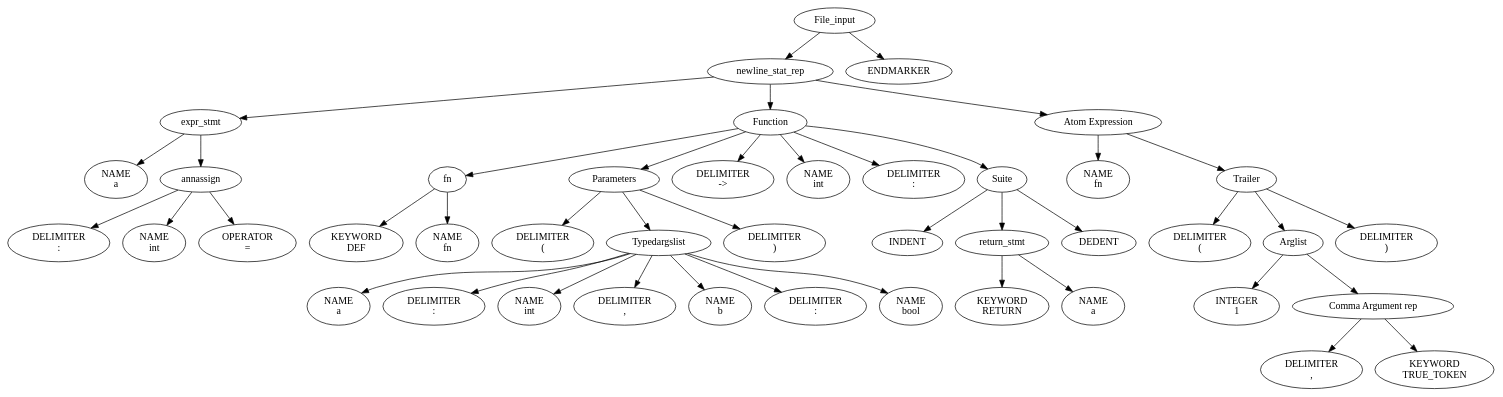
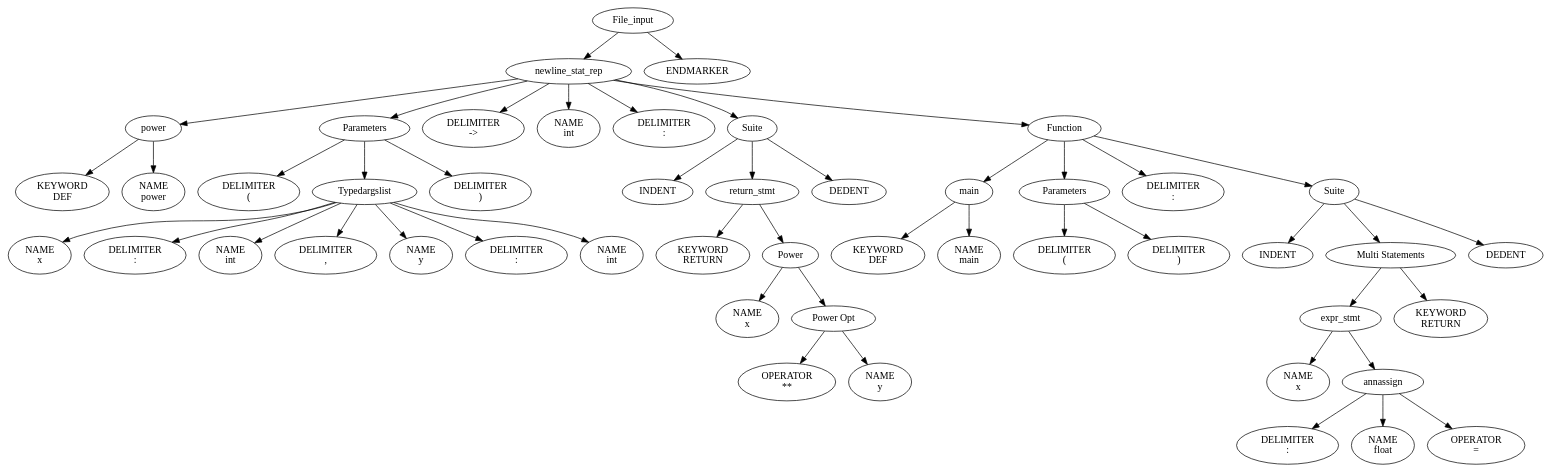
The diagram in milestone2/a.dot (pressant/Course-Project-CS335), drawn with Graphviz before and after one commit. The commit also changed 10 other files, not shown here.

```diff
--- a/milestone2/a.dot
+++ b/milestone2/a.dot
@@ -1,113 +1,127 @@
 digraph parse_tree {
-"0x564f8b607eb0" [label="File_input"];
-"0x564f8b607eb0" -> "0x564f8b620510";
-"0x564f8b620510" [label="newline_stat_rep"];
-"0x564f8b620510" -> "0x564f8b61d860";
-"0x564f8b61d860" [label="expr_stmt"];
-"0x564f8b61d860" -> "0x564f8b61d250";
-"0x564f8b61d250" [label="NAME
-a"];
-"0x564f8b61d860" -> "0x564f8b61d760";
-"0x564f8b61d760" [label="annassign"];
-"0x564f8b61d760" -> "0x564f8b61d300";
-"0x564f8b61d300" [label="DELIMITER
+"0x55f8e2c89eb0" [label="File_input"];
+"0x55f8e2c89eb0" -> "0x55f8e2ca2bf0";
+"0x55f8e2ca2bf0" [label="newline_stat_rep"];
+"0x55f8e2ca2bf0" -> "0x55f8e2c9f3b0";
+"0x55f8e2c9f3b0" [label="power"];
+"0x55f8e2c9f3b0" -> "0x55f8e2c9f250";
+"0x55f8e2c9f250" [label="KEYWORD
+DEF"];
+"0x55f8e2c9f3b0" -> "0x55f8e2c9f300";
+"0x55f8e2c9f300" [label="NAME
+power"];
+"0x55f8e2ca2bf0" -> "0x55f8e2ca07f0";
+"0x55f8e2ca07f0" [label="Parameters"];
+"0x55f8e2ca07f0" -> "0x55f8e2c9fa80";
+"0x55f8e2c9fa80" [label="DELIMITER
+("];
+"0x55f8e2ca07f0" -> "0x55f8e2ca0540";
+"0x55f8e2ca0540" [label="Typedargslist"];
+"0x55f8e2ca0540" -> "0x55f8e2c9fb30";
+"0x55f8e2c9fb30" [label="NAME
+x"];
+"0x55f8e2ca0540" -> "0x55f8e2c9fbe0";
+"0x55f8e2c9fbe0" [label="DELIMITER
 :"];
-"0x564f8b61d760" -> "0x564f8b61d3b0";
-"0x564f8b61d3b0" [label="NAME
+"0x55f8e2ca0540" -> "0x55f8e2c9fdf0";
+"0x55f8e2c9fdf0" [label="NAME
 int"];
-"0x564f8b61d760" -> "0x564f8b61d460";
-"0x564f8b61d460" [label="OPERATOR
+"0x55f8e2ca0540" -> "0x55f8e2c9fd40";
+"0x55f8e2c9fd40" [label="DELIMITER
+,"];
+"0x55f8e2ca0540" -> "0x55f8e2c9fec0";
+"0x55f8e2c9fec0" [label="NAME
+y"];
+"0x55f8e2ca0540" -> "0x55f8e2c9ff70";
+"0x55f8e2c9ff70" [label="DELIMITER
+:"];
+"0x55f8e2ca0540" -> "0x55f8e2ca0180";
+"0x55f8e2ca0180" [label="NAME
+int"];
+"0x55f8e2ca07f0" -> "0x55f8e2ca00d0";
+"0x55f8e2ca00d0" [label="DELIMITER
+)"];
+"0x55f8e2ca2bf0" -> "0x55f8e2ca08c0";
+"0x55f8e2ca08c0" [label="DELIMITER
+->"];
+"0x55f8e2ca2bf0" -> "0x55f8e2ca0970";
+"0x55f8e2ca0970" [label="NAME
+int"];
+"0x55f8e2ca2bf0" -> "0x55f8e2ca0a20";
+"0x55f8e2ca0a20" [label="DELIMITER
+:"];
+"0x55f8e2ca2bf0" -> "0x55f8e2ca1390";
+"0x55f8e2ca1390" [label="Suite"];
+"0x55f8e2ca1390" -> "0x55f8e2ca0b80";
+"0x55f8e2ca0b80" [label="INDENT"];
+"0x55f8e2ca1390" -> "0x55f8e2ca1210";
+"0x55f8e2ca1210" [label="return_stmt"];
+"0x55f8e2ca1210" -> "0x55f8e2ca0c30";
+"0x55f8e2ca0c30" [label="KEYWORD
+RETURN"];
+"0x55f8e2ca1210" -> "0x55f8e2ca1070";
+"0x55f8e2ca1070" [label="Power"];
+"0x55f8e2ca1070" -> "0x55f8e2ca0ce0";
+"0x55f8e2ca0ce0" [label="NAME
+x"];
+"0x55f8e2ca1070" -> "0x55f8e2ca0fa0";
+"0x55f8e2ca0fa0" [label="Power Opt"];
+"0x55f8e2ca0fa0" -> "0x55f8e2ca0d90";
+"0x55f8e2ca0d90" [label="OPERATOR
+**"];
+"0x55f8e2ca0fa0" -> "0x55f8e2ca0e40";
+"0x55f8e2ca0e40" [label="NAME
+y"];
+"0x55f8e2ca1390" -> "0x55f8e2ca12e0";
+"0x55f8e2ca12e0" [label="DEDENT"];
+"0x55f8e2ca2bf0" -> "0x55f8e2ca2b10";
+"0x55f8e2ca2b10" [label="Function"];
+"0x55f8e2ca2b10" -> "0x55f8e2ca1740";
+"0x55f8e2ca1740" [label="main"];
+"0x55f8e2ca1740" -> "0x55f8e2ca15e0";
+"0x55f8e2ca15e0" [label="KEYWORD
+DEF"];
+"0x55f8e2ca1740" -> "0x55f8e2ca1690";
+"0x55f8e2ca1690" [label="NAME
+main"];
+"0x55f8e2ca2b10" -> "0x55f8e2ca1ab0";
+"0x55f8e2ca1ab0" [label="Parameters"];
+"0x55f8e2ca1ab0" -> "0x55f8e2ca1950";
+"0x55f8e2ca1950" [label="DELIMITER
+("];
+"0x55f8e2ca1ab0" -> "0x55f8e2ca1a00";
+"0x55f8e2ca1a00" [label="DELIMITER
+)"];
+"0x55f8e2ca2b10" -> "0x55f8e2ca1b80";
+"0x55f8e2ca1b80" [label="DELIMITER
+:"];
+"0x55f8e2ca2b10" -> "0x55f8e2ca2a10";
+"0x55f8e2ca2a10" [label="Suite"];
+"0x55f8e2ca2a10" -> "0x55f8e2ca1ce0";
+"0x55f8e2ca1ce0" [label="INDENT"];
+"0x55f8e2ca2a10" -> "0x55f8e2ca2860";
+"0x55f8e2ca2860" [label="Multi Statements"];
+"0x55f8e2ca2860" -> "0x55f8e2ca2350";
+"0x55f8e2ca2350" [label="expr_stmt"];
+"0x55f8e2ca2350" -> "0x55f8e2ca1d90";
+"0x55f8e2ca1d90" [label="NAME
+x"];
+"0x55f8e2ca2350" -> "0x55f8e2ca2280";
+"0x55f8e2ca2280" [label="annassign"];
+"0x55f8e2ca2280" -> "0x55f8e2ca1e40";
+"0x55f8e2ca1e40" [label="DELIMITER
+:"];
+"0x55f8e2ca2280" -> "0x55f8e2ca1ef0";
+"0x55f8e2ca1ef0" [label="NAME
+float"];
+"0x55f8e2ca2280" -> "0x55f8e2ca1fa0";
+"0x55f8e2ca1fa0" [label="OPERATOR
 ="];
-"0x564f8b620510" -> "0x564f8b61fa10";
-"0x564f8b61fa10" [label="Function"];
-"0x564f8b61fa10" -> "0x564f8b61dc80";
-"0x564f8b61dc80" [label="fn"];
-"0x564f8b61dc80" -> "0x564f8b61db20";
-"0x564f8b61db20" [label="KEYWORD
-DEF"];
-"0x564f8b61dc80" -> "0x564f8b61dbd0";
-"0x564f8b61dbd0" [label="NAME
-fn"];
-"0x564f8b61fa10" -> "0x564f8b61f050";
-"0x564f8b61f050" [label="Parameters"];
-"0x564f8b61f050" -> "0x564f8b61e2e0";
-"0x564f8b61e2e0" [label="DELIMITER
-("];
-"0x564f8b61f050" -> "0x564f8b61eda0";
-"0x564f8b61eda0" [label="Typedargslist"];
-"0x564f8b61eda0" -> "0x564f8b61e390";
-"0x564f8b61e390" [label="NAME
-a"];
-"0x564f8b61eda0" -> "0x564f8b61e440";
-"0x564f8b61e440" [label="DELIMITER
-:"];
-"0x564f8b61eda0" -> "0x564f8b61e650";
-"0x564f8b61e650" [label="NAME
-int"];
-"0x564f8b61eda0" -> "0x564f8b61e5a0";
-"0x564f8b61e5a0" [label="DELIMITER
-,"];
-"0x564f8b61eda0" -> "0x564f8b61e720";
-"0x564f8b61e720" [label="NAME
-b"];
-"0x564f8b61eda0" -> "0x564f8b61e7d0";
-"0x564f8b61e7d0" [label="DELIMITER
-:"];
-"0x564f8b61eda0" -> "0x564f8b61e9e0";
-"0x564f8b61e9e0" [label="NAME
-bool"];
-"0x564f8b61f050" -> "0x564f8b61e930";
-"0x564f8b61e930" [label="DELIMITER
-)"];
-"0x564f8b61fa10" -> "0x564f8b61f120";
-"0x564f8b61f120" [label="DELIMITER
-->"];
-"0x564f8b61fa10" -> "0x564f8b61f1d0";
-"0x564f8b61f1d0" [label="NAME
-int"];
-"0x564f8b61fa10" -> "0x564f8b61f280";
-"0x564f8b61f280" [label="DELIMITER
-:"];
-"0x564f8b61fa10" -> "0x564f8b61f8f0";
-"0x564f8b61f8f0" [label="Suite"];
-"0x564f8b61f8f0" -> "0x564f8b61f3e0";
-"0x564f8b61f3e0" [label="INDENT"];
-"0x564f8b61f8f0" -> "0x564f8b61f770";
-"0x564f8b61f770" [label="return_stmt"];
-"0x564f8b61f770" -> "0x564f8b61f490";
-"0x564f8b61f490" [label="KEYWORD
+"0x55f8e2ca2860" -> "0x55f8e2ca2770";
+"0x55f8e2ca2770" [label="KEYWORD
 RETURN"];
-"0x564f8b61f770" -> "0x564f8b61f540";
-"0x564f8b61f540" [label="NAME
-a"];
-"0x564f8b61f8f0" -> "0x564f8b61f840";
-"0x564f8b61f840" [label="DEDENT"];
-"0x564f8b620510" -> "0x564f8b620440";
-"0x564f8b620440" [label="Atom Expression"];
-"0x564f8b620440" -> "0x564f8b61fbf0";
-"0x564f8b61fbf0" [label="NAME
-fn"];
-"0x564f8b620440" -> "0x564f8b6201e0";
-"0x564f8b6201e0" [label="Trailer"];
-"0x564f8b6201e0" -> "0x564f8b61fca0";
-"0x564f8b61fca0" [label="DELIMITER
-("];
-"0x564f8b6201e0" -> "0x564f8b620110";
-"0x564f8b620110" [label="Arglist"];
-"0x564f8b620110" -> "0x564f8b61fd50";
-"0x564f8b61fd50" [label="INTEGER
-1"];
-"0x564f8b620110" -> "0x564f8b620010";
-"0x564f8b620010" [label="Comma Argument rep"];
-"0x564f8b620010" -> "0x564f8b61fe00";
-"0x564f8b61fe00" [label="DELIMITER
-,"];
-"0x564f8b620010" -> "0x564f8b61feb0";
-"0x564f8b61feb0" [label="KEYWORD
-TRUE_TOKEN"];
-"0x564f8b6201e0" -> "0x564f8b61ff60";
-"0x564f8b61ff60" [label="DELIMITER
-)"];
-"0x564f8b607eb0" -> "0x564f8b620640";
-"0x564f8b620640" [label="ENDMARKER"];
+"0x55f8e2ca2a10" -> "0x55f8e2ca2960";
+"0x55f8e2ca2960" [label="DEDENT"];
+"0x55f8e2c89eb0" -> "0x55f8e2ca2d50";
+"0x55f8e2ca2d50" [label="ENDMARKER"];
 }
```
